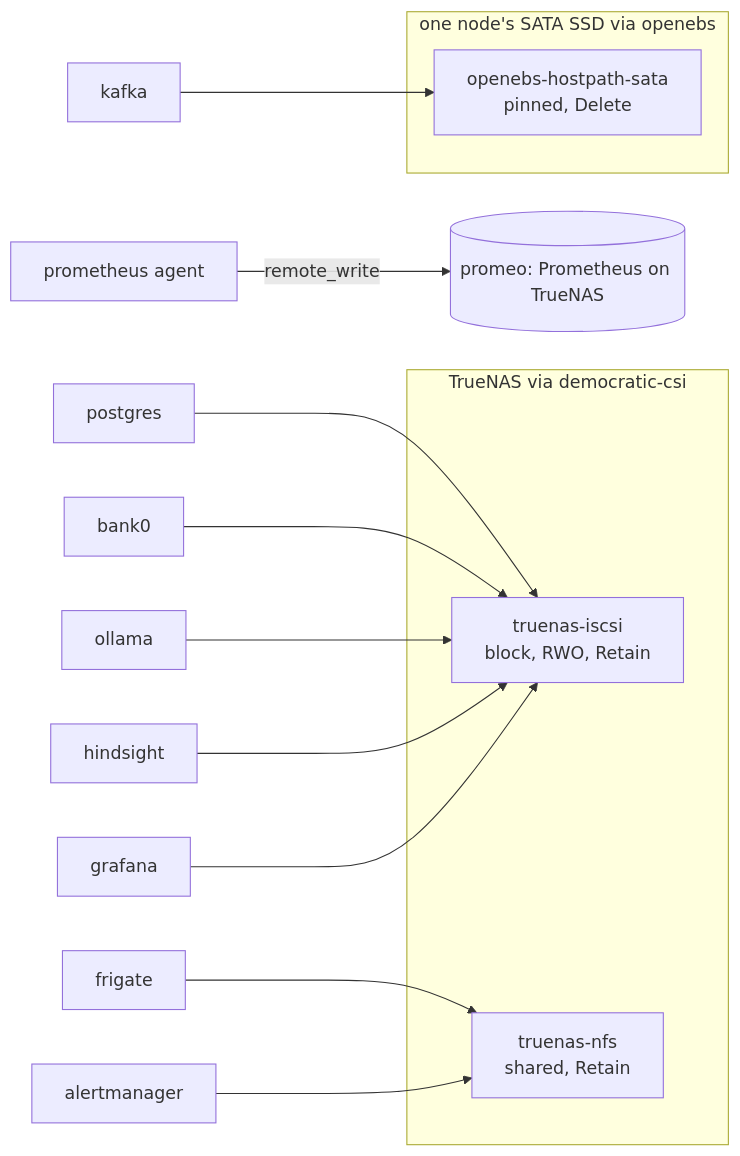
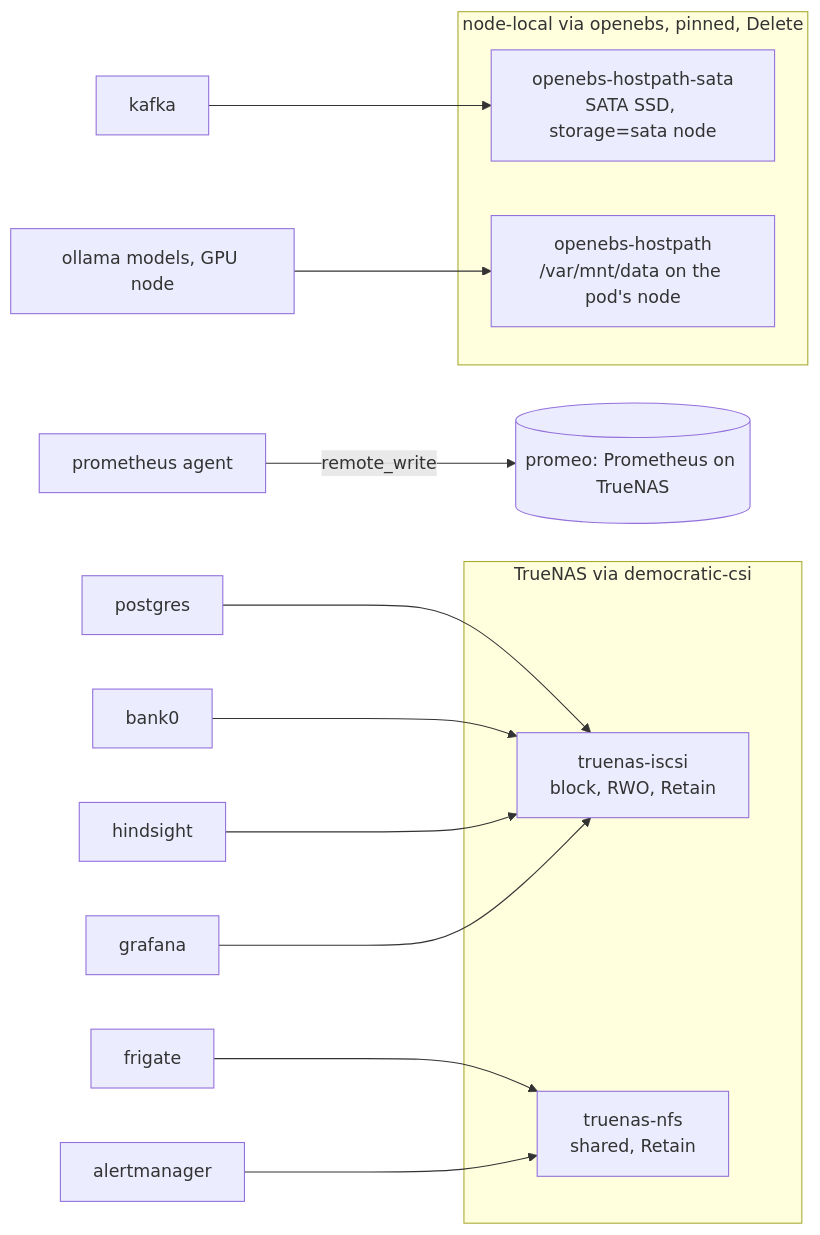
Before and after one commit to minhtt159/infra-talos: the diagram in docs/storage.md, drawn with Mermaid. The commit also changed other lines of this file and 3 other files, not shown here.

First line of the commit message:
feat(ollama): model cache on node-local NVMe instead of iSCSI

````diff
--- a/docs/storage.md
+++ b/docs/storage.md
@@ -6,14 +7,16 @@
 ```mermaid
 flowchart LR
   subgraph truenas[TrueNAS via democratic-csi]
     iscsi[truenas-iscsi<br/>block, RWO, Retain]
     nfs[truenas-nfs<br/>shared, Retain]
   end
-  subgraph node[one node's SATA SSD via openebs]
-    sata[openebs-hostpath-sata<br/>pinned, Delete]
+  subgraph local[node-local via openebs, pinned, Delete]
+    sata[openebs-hostpath-sata<br/>SATA SSD, storage=sata node]
+    data[openebs-hostpath<br/>/var/mnt/data on the pod's node]
   end
-  postgres & bank0 & ollama & hindsight & grafana --> iscsi
+  postgres & bank0 & hindsight & grafana --> iscsi
   frigate & alertmanager --> nfs
   kafka --> sata
+  ollama[ollama models, GPU node] --> data
   promagent[prometheus agent] -->|remote_write| promeo[(promeo: Prometheus on TrueNAS)]
 ```
````
